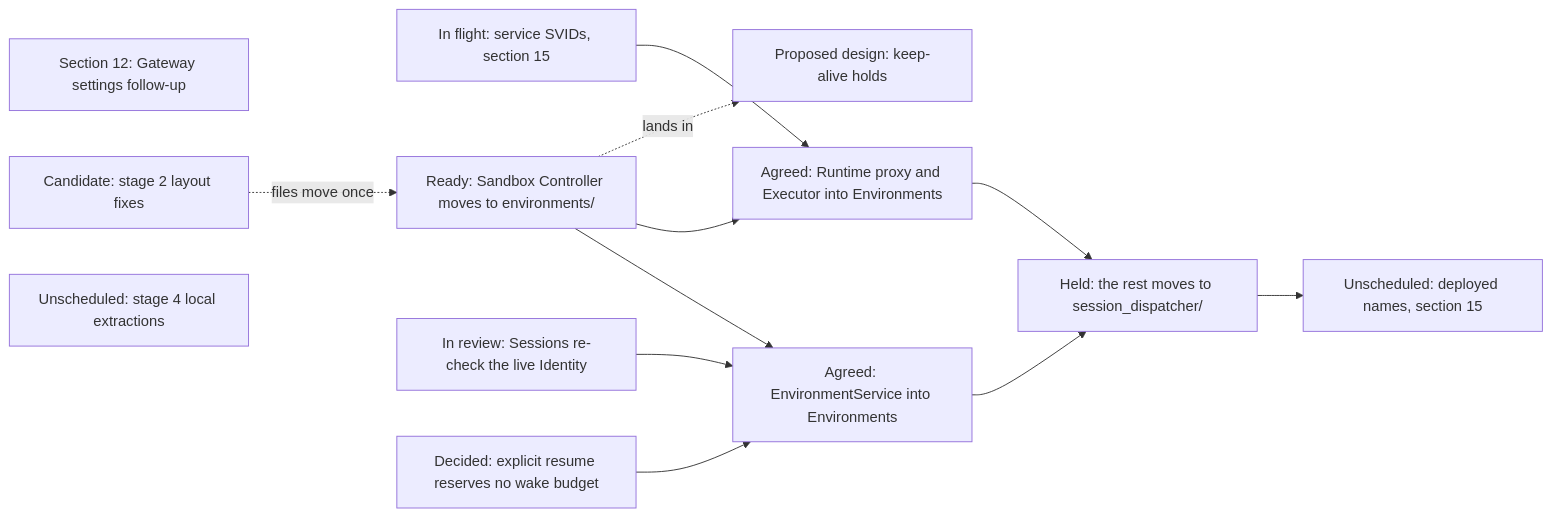
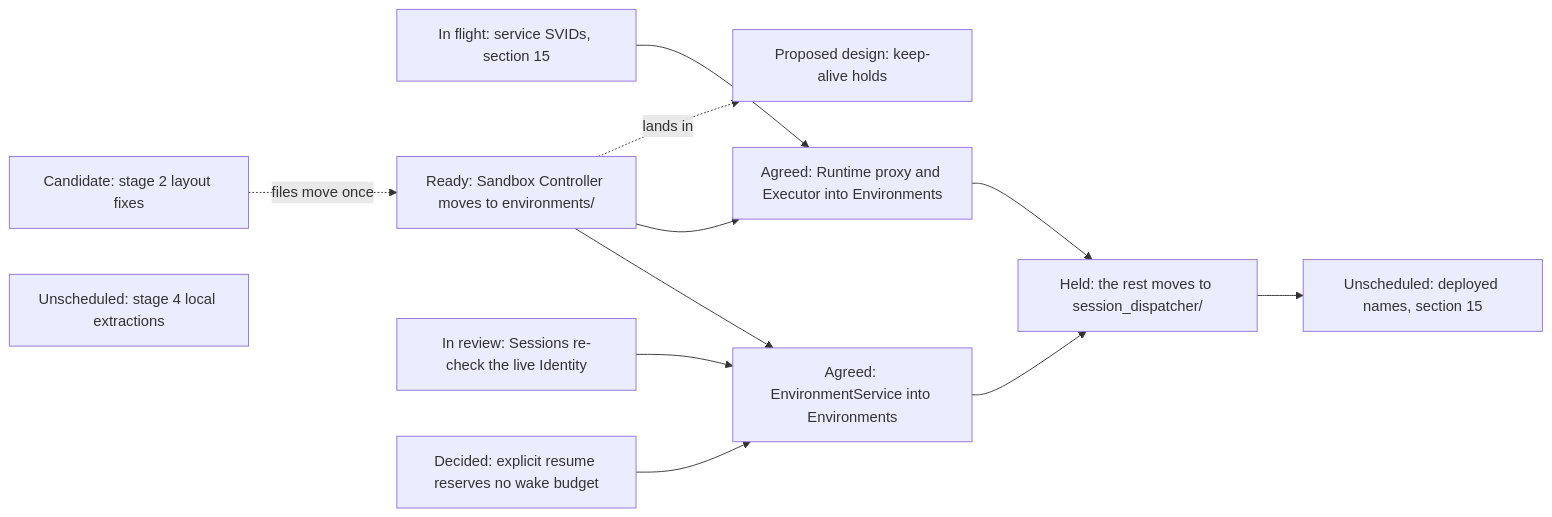
Before and after one commit to agentydragon/ducktape: diagram 21 of 21 in agentplane/plans/task_dag.md, drawn with Mermaid. The commit also changed other lines of this file and 11 other files, not shown here.

Commit message:
Remove obsolete Gateway route settings after rollout

````diff
--- a/agentplane/plans/task_dag.md
+++ b/agentplane/plans/task_dag.md
@@ -3964,25 +3949,24 @@
 ```mermaid
 flowchart LR
-    RUNNER_GATEWAY_SETTINGS_CLEANUP[Section 12: Gateway settings follow-up]
     PRIVILEGED_BACKEND_AUTH_DESIGN[In flight: service SVIDs, section 15]
     GO_LAYOUT_FIXES[Candidate: stage 2 layout fixes]
     ENVIRONMENTS_DIRECTORY[Ready: Sandbox Controller moves to environments/]
     SANDBOX_IDENTITY_RECHECK[In review: Sessions re-check the live Identity]
     EXPLICIT_RESUME_BUDGET_REMOVAL[Decided: explicit resume reserves no wake budget]
     ENVIRONMENT_SERVICE_TO_ENVIRONMENTS[Agreed: EnvironmentService into Environments]
     RUNTIME_PROXY_TO_ENVIRONMENTS[Agreed: Runtime proxy and Executor into Environments]
     SESSIONS_BINARY_DIRECTORY[Held: the rest moves to session_dispatcher/]
     ENVIRONMENT_KEEP_ALIVE_HOLDS[Proposed design: keep-alive holds]
     GO_LOCAL_EXTRACTIONS[Unscheduled: stage 4 local extractions]
     RUNNER_GATEWAY_RENAME[Unscheduled: deployed names, section 15]
     ENVIRONMENTS_DIRECTORY --> ENVIRONMENT_SERVICE_TO_ENVIRONMENTS
     SANDBOX_IDENTITY_RECHECK --> ENVIRONMENT_SERVICE_TO_ENVIRONMENTS
     EXPLICIT_RESUME_BUDGET_REMOVAL --> ENVIRONMENT_SERVICE_TO_ENVIRONMENTS
     ENVIRONMENTS_DIRECTORY --> RUNTIME_PROXY_TO_ENVIRONMENTS
     PRIVILEGED_BACKEND_AUTH_DESIGN --> RUNTIME_PROXY_TO_ENVIRONMENTS
     ENVIRONMENT_SERVICE_TO_ENVIRONMENTS --> SESSIONS_BINARY_DIRECTORY
     RUNTIME_PROXY_TO_ENVIRONMENTS --> SESSIONS_BINARY_DIRECTORY
     SESSIONS_BINARY_DIRECTORY --> RUNNER_GATEWAY_RENAME
     ENVIRONMENTS_DIRECTORY -. lands in .-> ENVIRONMENT_KEEP_ALIVE_HOLDS
     GO_LAYOUT_FIXES -. files move once .-> ENVIRONMENTS_DIRECTORY
 ```
````
